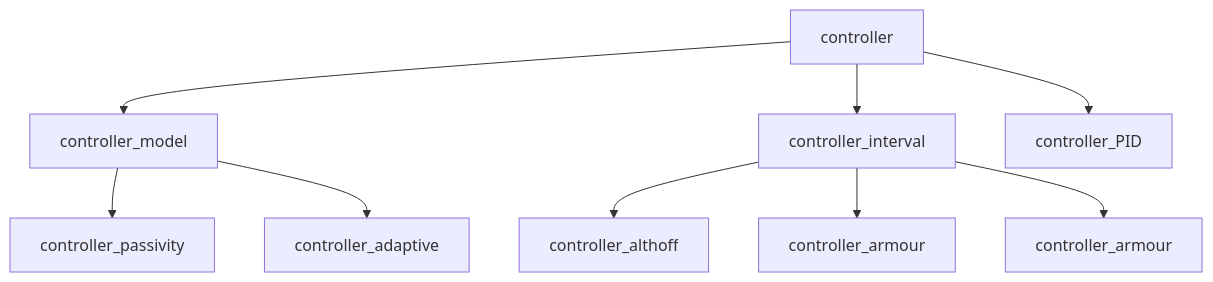
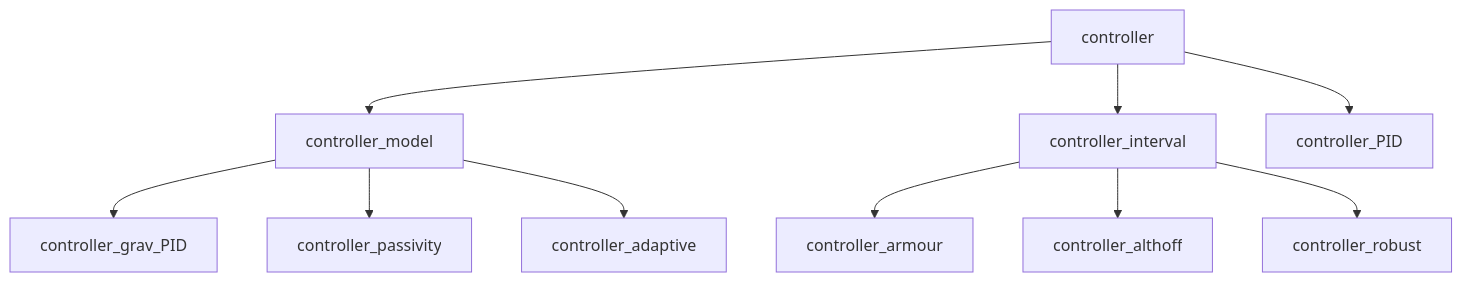
Before and after one commit to roahmlab/RobustMovers: the diagram in Controllers/README.md, drawn with Mermaid. The commit also changed other lines of this file and 35 other files, not shown here.

````diff
--- a/Controllers/README.md
+++ b/Controllers/README.md
@@ -4,12 +4,13 @@
 ```mermaid
 graph TD
     A[controller]
     A --> B[controller_model]
     A --> C[controller_interval]
     A --> I[controller_PID]
+    B --> K[controller_grav_PID]
     B --> D[controller_passivity]
     B --> E[controller_adaptive]
-    C --> F[controller_althoff]
-    C --> G[controller_armour]
-    C --> H[controller_armour]
+    C --> F[controller_armour]
+    C --> G[controller_althoff]
+    C --> H[controller_robust]
 ```
````
